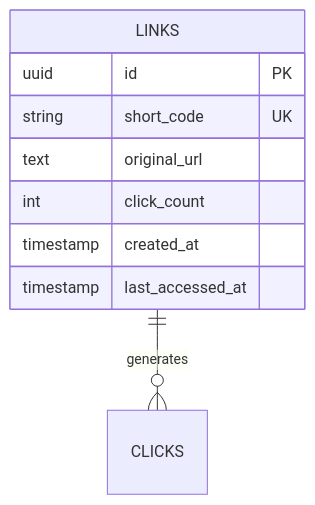
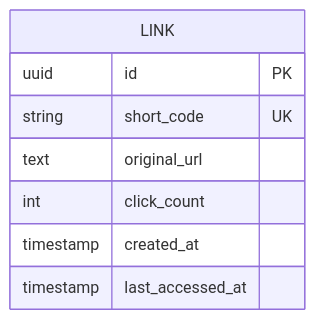
The fourth of 4 diagrams in README.md (Raktabhbhattacharjee/Linkpulse), drawn with Mermaid before and after one commit. The commit also changed other lines of this file, not shown here.

````diff
--- a/README.md
+++ b/README.md
@@ -79,12 +100,11 @@
 ```mermaid
 erDiagram
-    LINKS ||--o{ CLICKS : generates
-    LINKS {
+    LINK {
         uuid id PK
         string short_code UK
         text original_url
         int click_count
         timestamp created_at
         timestamp last_accessed_at
     }
 ```
````
